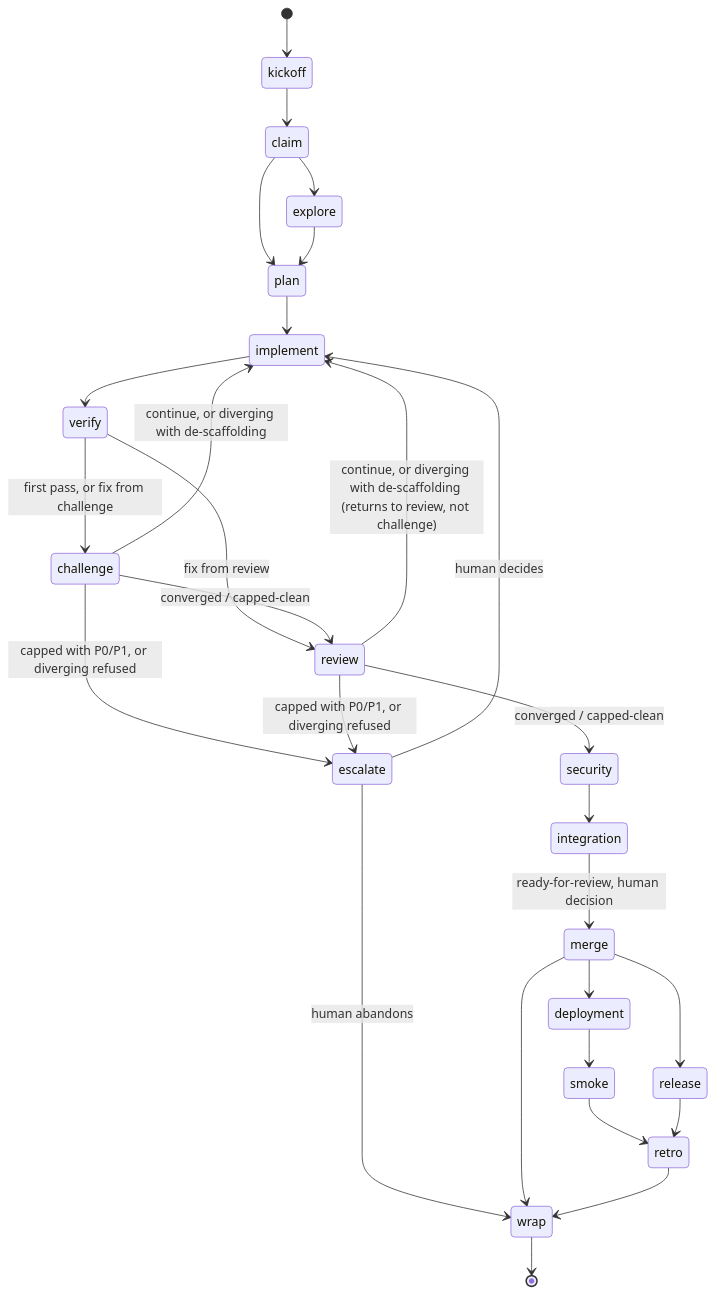
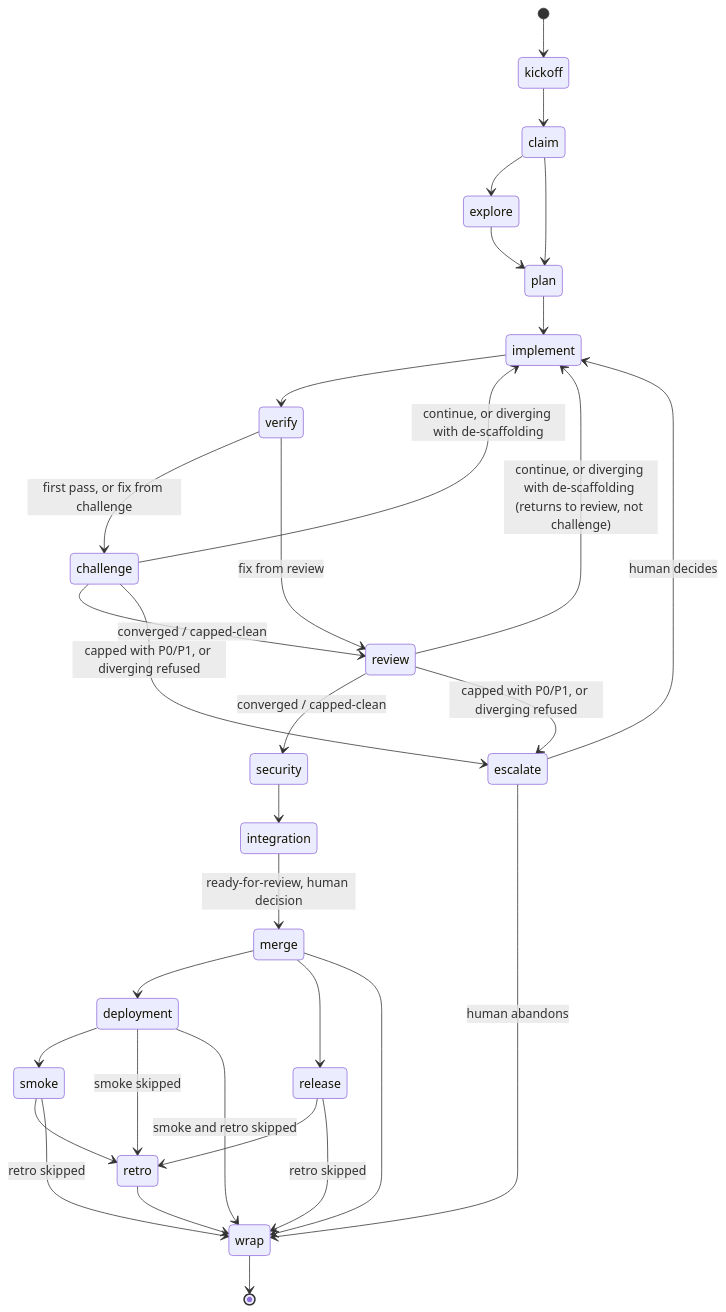
One commit to evanharmon1/harmon-devkit changed the second of 2 diagrams in docs/product/domain.md. Above: the diagram before and after it, drawn with Mermaid. The commit also changed 2 other files, not shown here.

Commit message:
docs(specs): close out challenge round 3 on Dev flow v2
Round 3 (the cap) adjudicated 1 P1 + 8 P2 — six of seven P1 labels were
about prior rounds' fixes and adjudicate to P2 hardening. Fixed: runs
that end without a PR post their stage evidence on the issue beside the
run record (the one original-design defect); receipt rejects colliding
finding ids; post-ready events correlate to the first delivery
containing the merge; unverified provenance is excluded from every exit
predicate; evidence markers are deterministic and remotely recoverable;
the run record comment gets the same author check; one-comment-per-stage
reconciled with size splitting; optional-stage skip transitions.
Deferred to the PR: implementer credential isolation (out of scope).

Refs #633

Claude-Session: https://claude.ai/code/session_01E7UvZ3SebA3gfYSx1gMHxp

````diff
--- a/docs/product/domain.md
+++ b/docs/product/domain.md
@@ -69,30 +69,34 @@
 ```mermaid
 stateDiagram-v2
     [*] --> kickoff
     kickoff --> claim
     claim --> explore
     claim --> plan
     explore --> plan
     plan --> implement
     implement --> verify
     verify --> challenge : first pass, or fix from challenge
     verify --> review : fix from review
     challenge --> implement : continue, or diverging with de-scaffolding
     challenge --> review : converged / capped-clean
     challenge --> escalate : capped with P0/P1, or diverging refused
     review --> implement : continue, or diverging with de-scaffolding (returns to review, not challenge)
     review --> security : converged / capped-clean
     review --> escalate : capped with P0/P1, or diverging refused
     escalate --> implement : human decides
     escalate --> wrap : human abandons
     security --> integration
     integration --> merge : ready-for-review, human decision
     merge --> deployment
     merge --> release
     deployment --> smoke
+    deployment --> retro : smoke skipped
+    deployment --> wrap : smoke and retro skipped
     smoke --> retro
+    smoke --> wrap : retro skipped
     release --> retro
+    release --> wrap : retro skipped
     merge --> wrap
     retro --> wrap
     wrap --> [*]
 ```
````
